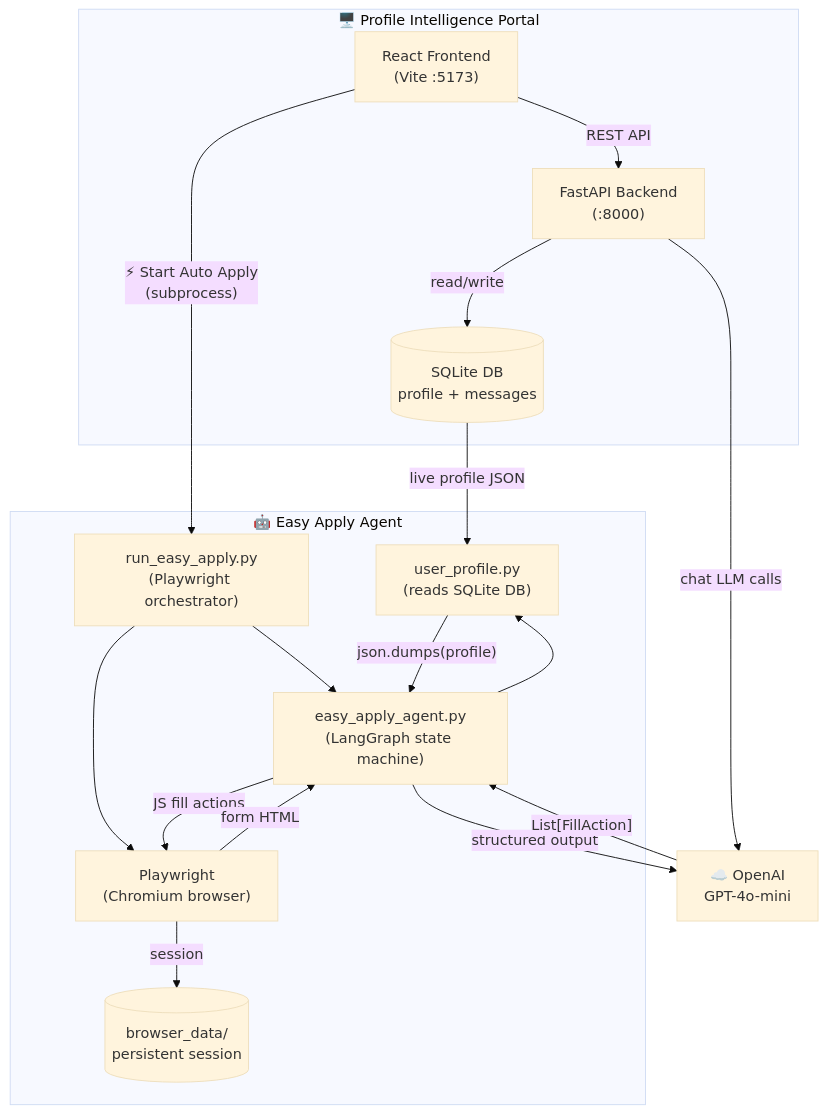
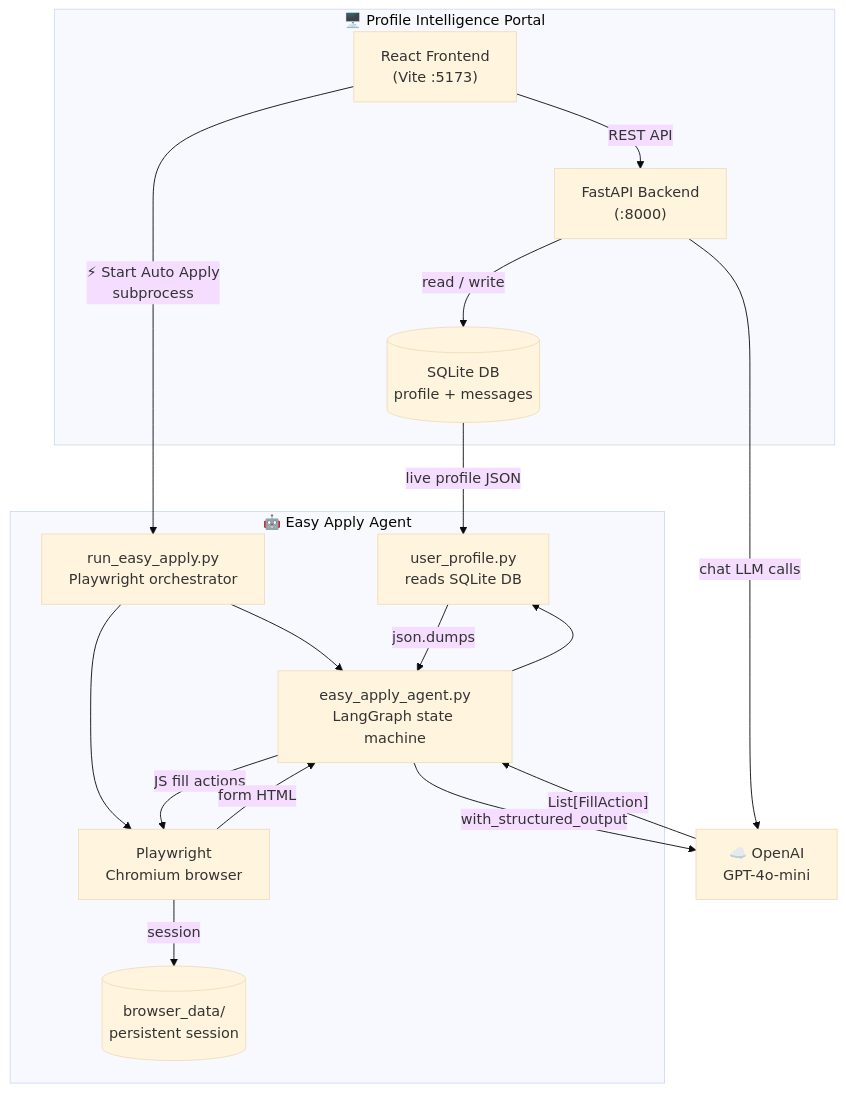
The first of 3 diagrams in README.md (akashcodejames/Agentic_Job_Apply), drawn with Mermaid (base theme) before and after one commit. The commit also changed other lines of this file, not shown here.

Commit message:
docs: fix Mermaid diagrams - replace \n with br/, use actual node names

````diff
--- a/README.md
+++ b/README.md
@@ -11,35 +11,35 @@
 ```mermaid
 graph TB
     subgraph Portal["🖥️ Profile Intelligence Portal"]
-        FE["React Frontend\n(Vite :5173)"]
-        BE["FastAPI Backend\n(:8000)"]
-        DB[("SQLite DB\nprofile + messages")]
+        FE["React Frontend<br/>(Vite :5173)"]
+        BE["FastAPI Backend<br/>(:8000)"]
+        DB[("SQLite DB<br/>profile + messages")]
 
         FE -- "REST API" --> BE
-        BE -- "read/write" --> DB
+        BE -- "read / write" --> DB
     end
 
     subgraph Agent["🤖 Easy Apply Agent"]
-        RUN["run_easy_apply.py\n(Playwright orchestrator)"]
-        LG["easy_apply_agent.py\n(LangGraph state machine)"]
-        UP["user_profile.py\n(reads SQLite DB)"]
-        PW["Playwright\n(Chromium browser)"]
-        BD[("browser_data/\npersistent session")]
+        run_easy_apply["run_easy_apply.py<br/>Playwright orchestrator"]
+        easy_apply_agent["easy_apply_agent.py<br/>LangGraph state machine"]
+        user_profile["user_profile.py<br/>reads SQLite DB"]
+        playwright["Playwright<br/>Chromium browser"]
+        browser_data[("browser_data/<br/>persistent session")]
 
-        RUN --> LG
-        LG --> UP
-        UP -- "json.dumps(profile)" --> LG
-        RUN --> PW
-        PW -- "session" --> BD
+        run_easy_apply --> easy_apply_agent
+        easy_apply_agent --> user_profile
+        run_easy_apply --> playwright
+        playwright -- "session" --> browser_data
     end
 
-    FE -- "⚡ Start Auto Apply\n(subprocess)" --> RUN
-    DB -- "live profile JSON" --> UP
-    LG -- "JS fill actions" --> PW
-    PW -- "form HTML" --> LG
+    FE -- "⚡ Start Auto Apply<br/>subprocess" --> run_easy_apply
+    DB -- "live profile JSON" --> user_profile
+    user_profile -- "json.dumps" --> easy_apply_agent
+    easy_apply_agent -- "JS fill actions" --> playwright
+    playwright -- "form HTML" --> easy_apply_agent
 
-    OAI["☁️ OpenAI\nGPT-4o-mini"]
-    LG -- "structured output" --> OAI
-    OAI -- "List[FillAction]" --> LG
+    OAI["☁️ OpenAI<br/>GPT-4o-mini"]
+    easy_apply_agent -- "with_structured_output" --> OAI
+    OAI -- "List[FillAction]" --> easy_apply_agent
     BE -- "chat LLM calls" --> OAI
 ```
````
